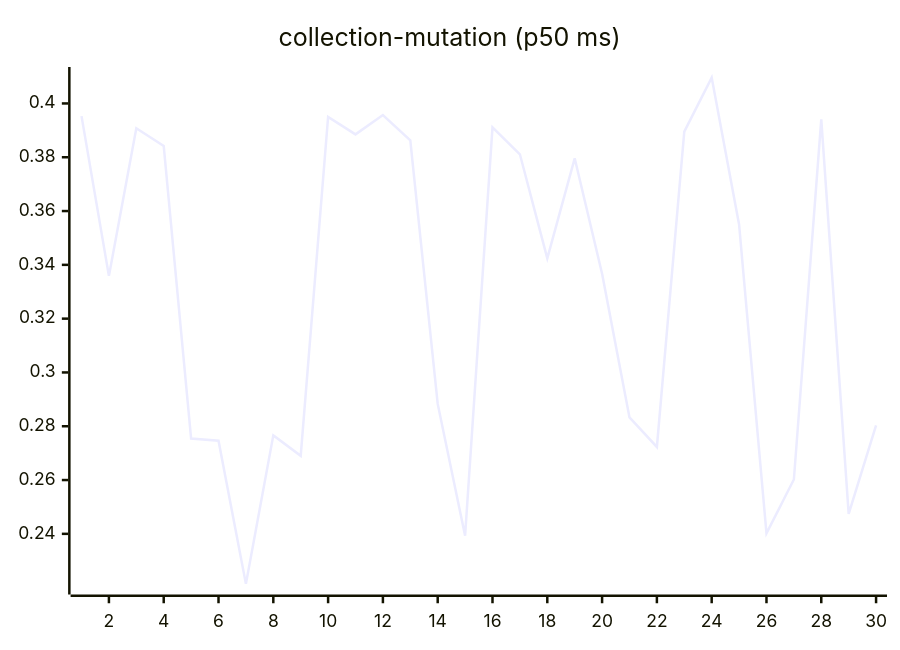
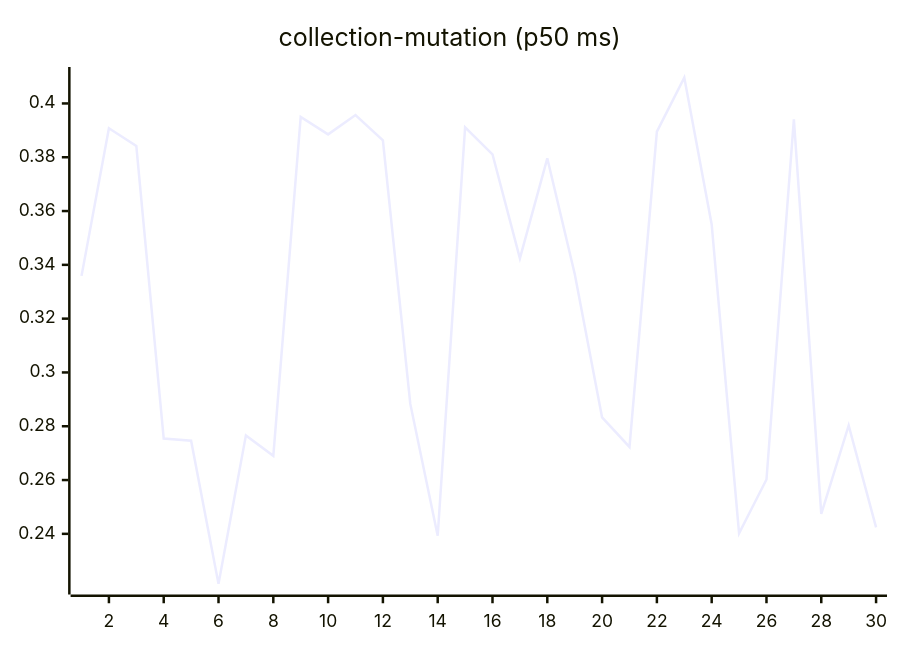
The sixth of 27 diagrams in README.md (josha/Facet), drawn with Mermaid before and after one commit. The commit also changed other lines of this file and 2 other files, not shown here.

````diff
--- a/README.md
+++ b/README.md
@@ -98,6 +98,6 @@
 ```mermaid
 xychart-beta
     title "collection-mutation (p50 ms)"
     x-axis 1 --> 30
-    line [0.3953, 0.3359, 0.3908, 0.3842, 0.2754, 0.2746, 0.2214, 0.2766, 0.2690, 0.3950, 0.3885, 0.3957, 0.3863, 0.2883, 0.2393, 0.3911, 0.3811, 0.3424, 0.3796, 0.3367, 0.2833, 0.2723, 0.3895, 0.4096, 0.3550, 0.2402, 0.2602, 0.3941, 0.2474, 0.2803]
+    line [0.3359, 0.3908, 0.3842, 0.2754, 0.2746, 0.2214, 0.2766, 0.2690, 0.3950, 0.3885, 0.3957, 0.3863, 0.2883, 0.2393, 0.3911, 0.3811, 0.3424, 0.3796, 0.3367, 0.2833, 0.2723, 0.3895, 0.4096, 0.3550, 0.2402, 0.2602, 0.3941, 0.2474, 0.2803, 0.2424]
 ```
````
